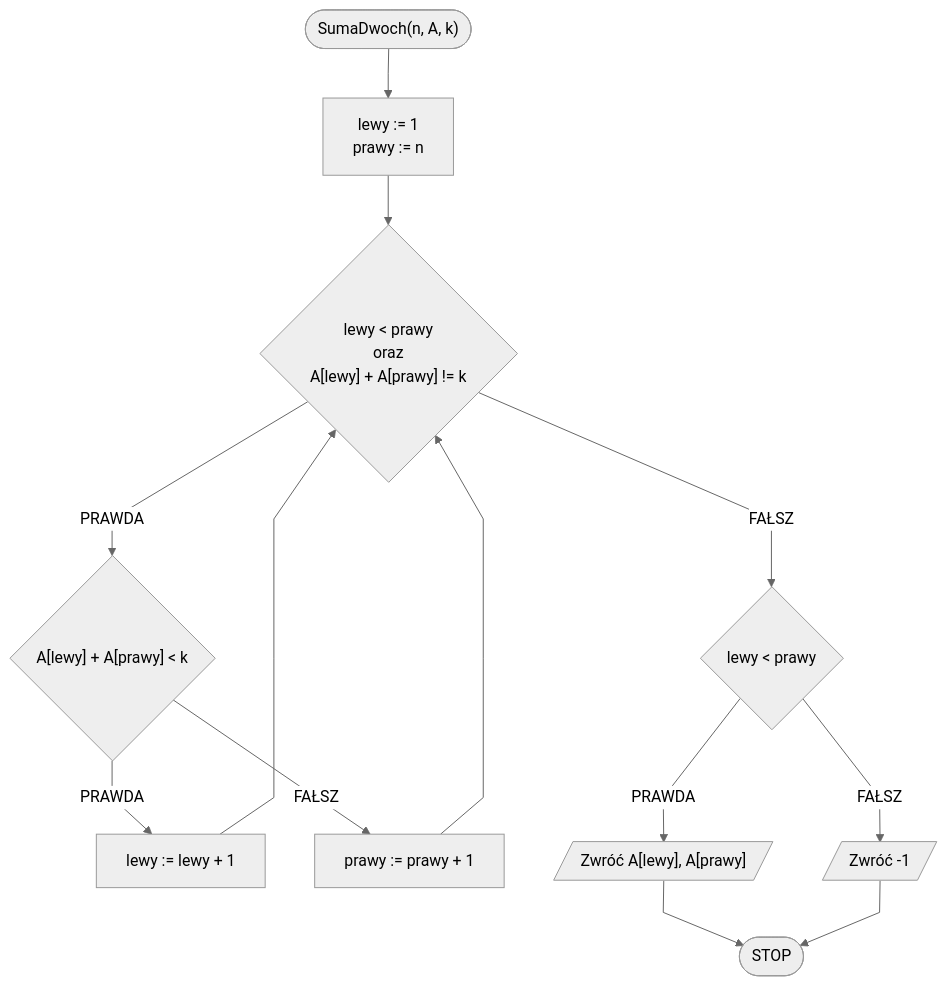
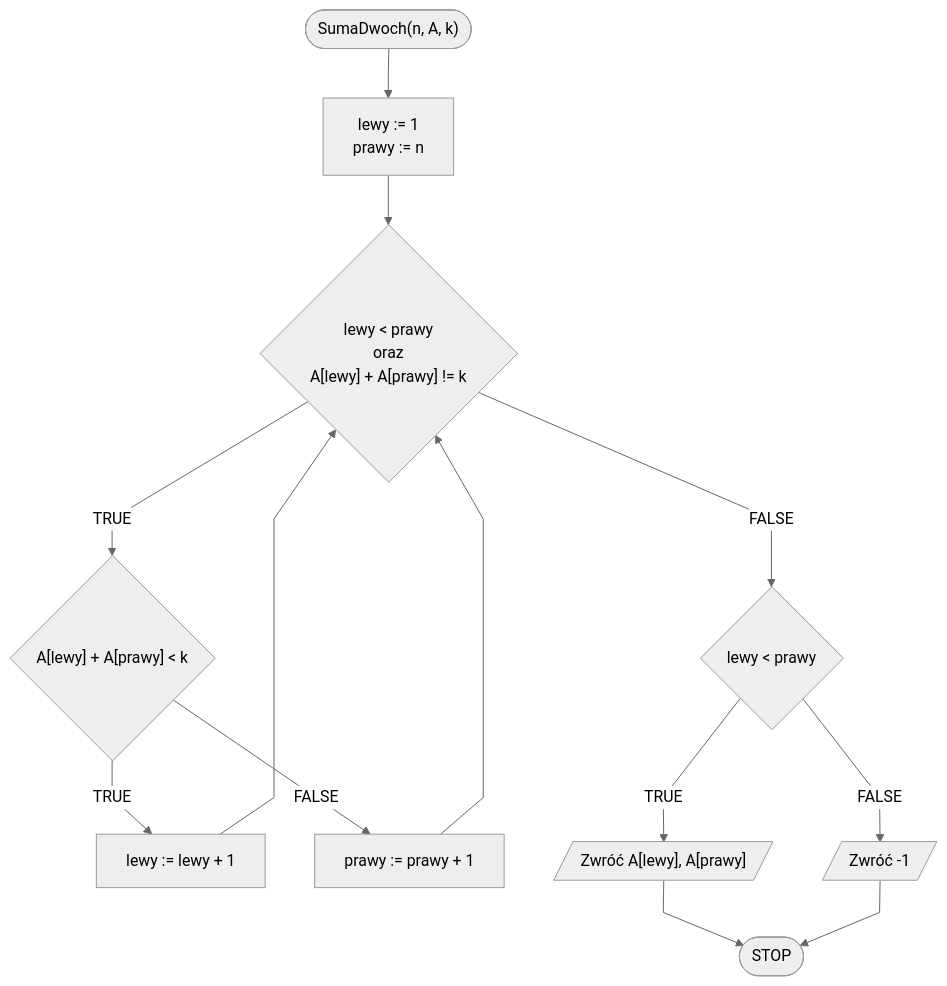
Before and after one commit to blackbat13/edu-cs-htiew-en: the second of 2 diagrams in docs/algorithms/searching/sum-of-two.md, drawn with Mermaid. The commit also changed other lines of this file and 682 other files, not shown here.

````diff
--- a/docs/algorithms/searching/sum-of-two.md
+++ b/docs/algorithms/searching/sum-of-two.md
@@ -109,19 +109,19 @@
 ```mermaid
 %%{init: {"flowchart": {"curve": "linear"}, "theme": "neutral"} }%%
 flowchart TD
 	START(["SumaDwoch(n, A, k)"]) --> K1["lewy := 1
 	prawy := n"]
 	K1 --> K3{"lewy < prawy
 	oraz
 	A[lewy] + A[prawy] != k"}
-	K3 -- PRAWDA --> K4{"A[lewy] + A[prawy] < k"}
-	K4 -- PRAWDA --> K5[lewy := lewy + 1]
+	K3 -- TRUE --> K4{"A[lewy] + A[prawy] < k"}
+	K4 -- TRUE --> K5[lewy := lewy + 1]
 	K5 --> K3
-	K4 -- FAŁSZ --> K7[prawy := prawy + 1]
+	K4 -- FALSE --> K7[prawy := prawy + 1]
 	K7 --> K3
-	K3 -- FAŁSZ --> K8{lewy < prawy}
-	K8 -- PRAWDA --> K9[/"Zwróć A[lewy], A[prawy]"/]
+	K3 -- FALSE --> K8{lewy < prawy}
+	K8 -- TRUE --> K9[/"Zwróć A[lewy], A[prawy]"/]
 	K9 --> STOP([STOP])
-	K8 -- FAŁSZ --> K11[/Zwróć -1/]
+	K8 -- FALSE --> K11[/Zwróć -1/]
 	K11 --> STOP
 ```
````
